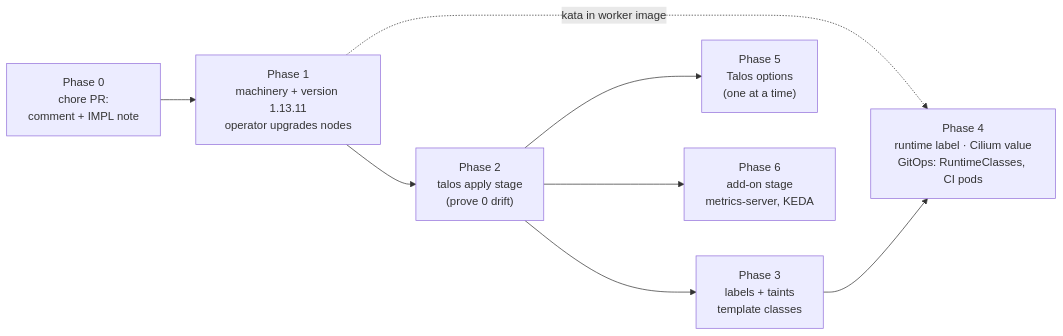
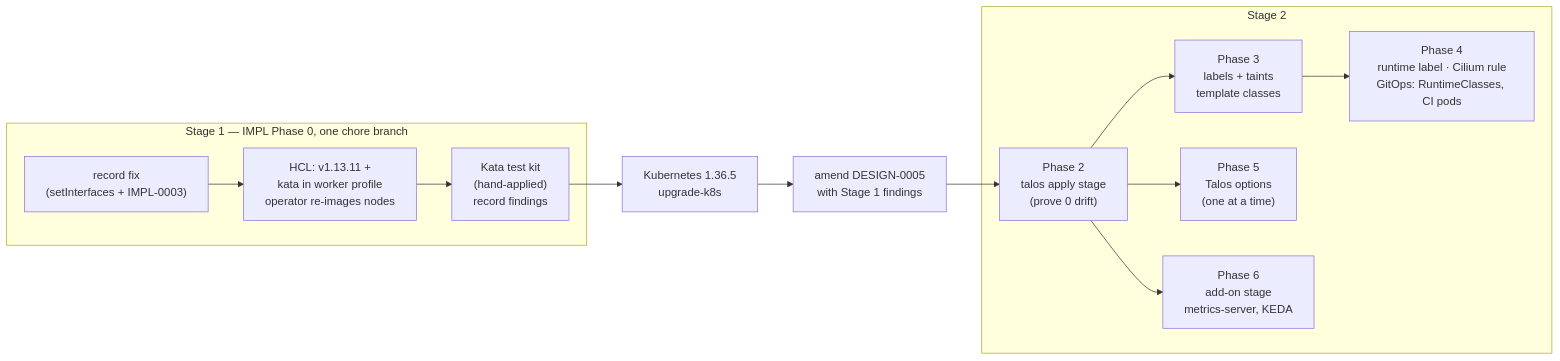
One commit to donaldgifford/hoomlab changed the third of 3 diagrams in docs/design/0005-talos-11311-upgrade-with-kata-ci-isolation-and-cluster-options.md. Above: the diagram before and after it, drawn with Mermaid. The commit also changed other lines of this file, not shown here.

First line of the commit message:
docs(design): DESIGN-0005 split into two stages

````diff
--- a/docs/design/0005-talos-11311-upgrade-with-kata-ci-isolation-and-cluster-options.md
+++ b/docs/design/0005-talos-11311-upgrade-with-kata-ci-isolation-and-cluster-options.md
@@ -825,10 +882,16 @@
 ```mermaid
 flowchart LR
-    P0["Phase 0<br/>chore PR:<br/>comment + IMPL note"] --> P1["Phase 1<br/>machinery + version 1.13.11<br/>operator upgrades nodes"]
-    P1 --> P2["Phase 2<br/>talos apply stage<br/>(prove 0 drift)"]
-    P2 --> P3["Phase 3<br/>labels + taints<br/>template classes"]
-    P1 -. "kata in worker image" .-> P4
-    P3 --> P4["Phase 4<br/>runtime label · Cilium value<br/>GitOps: RuntimeClasses, CI pods"]
-    P2 --> P5["Phase 5<br/>Talos options<br/>(one at a time)"]
-    P2 --> P6["Phase 6<br/>add-on stage<br/>metrics-server, KEDA"]
+    subgraph S1["Stage 1 — IMPL Phase 0, one chore branch"]
+        P0["record fix<br/>(setInterfaces + IMPL-0003)"] --> P1["HCL: v1.13.11 +<br/>kata in worker profile<br/>operator re-images nodes"]
+        P1 --> T["Kata test kit<br/>(hand-applied)<br/>record findings"]
+    end
+    T --> K["Kubernetes 1.36.5<br/>upgrade-k8s"]
+    K --> A["amend DESIGN-0005<br/>with Stage 1 findings"]
+    subgraph S2["Stage 2"]
+        P2["Phase 2<br/>talos apply stage<br/>(prove 0 drift)"] --> P3["Phase 3<br/>labels + taints<br/>template classes"]
+        P3 --> P4["Phase 4<br/>runtime label · Cilium rule<br/>GitOps: RuntimeClasses, CI pods"]
+        P2 --> P5["Phase 5<br/>Talos options<br/>(one at a time)"]
+        P2 --> P6["Phase 6<br/>add-on stage<br/>metrics-server, KEDA"]
+    end
+    A --> P2
 ```
````
